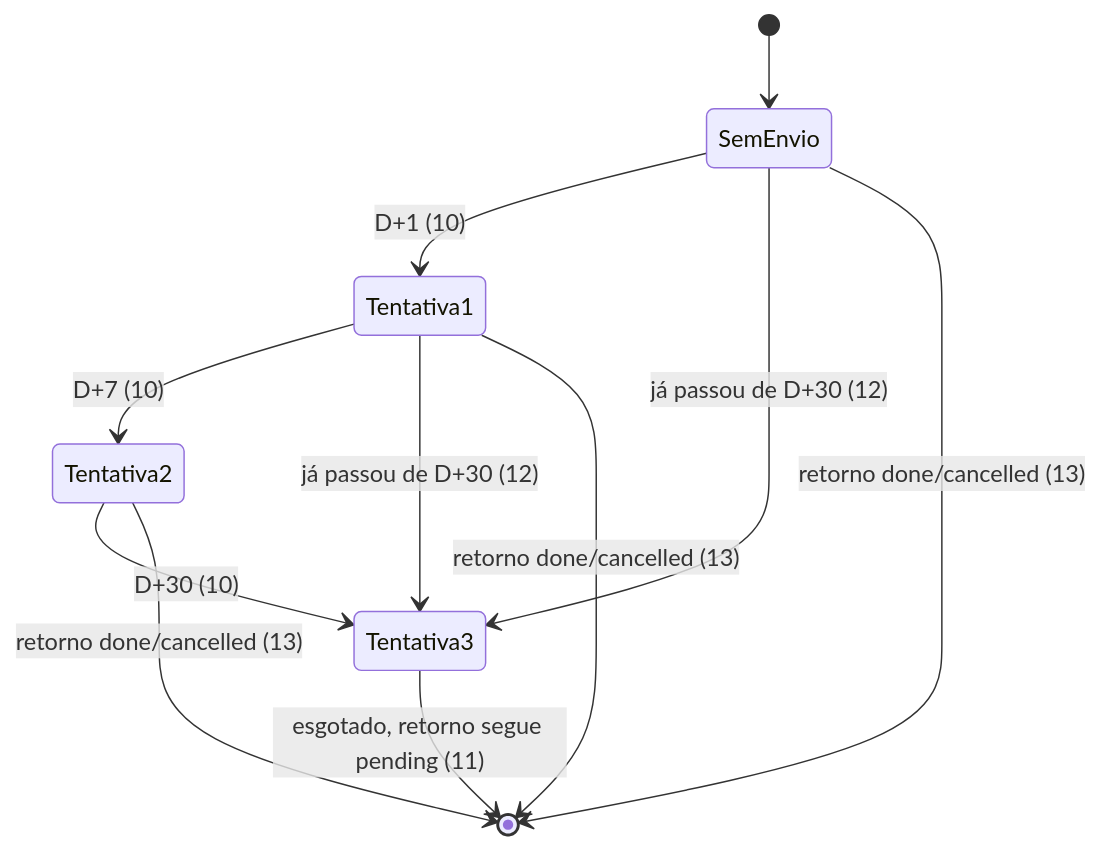
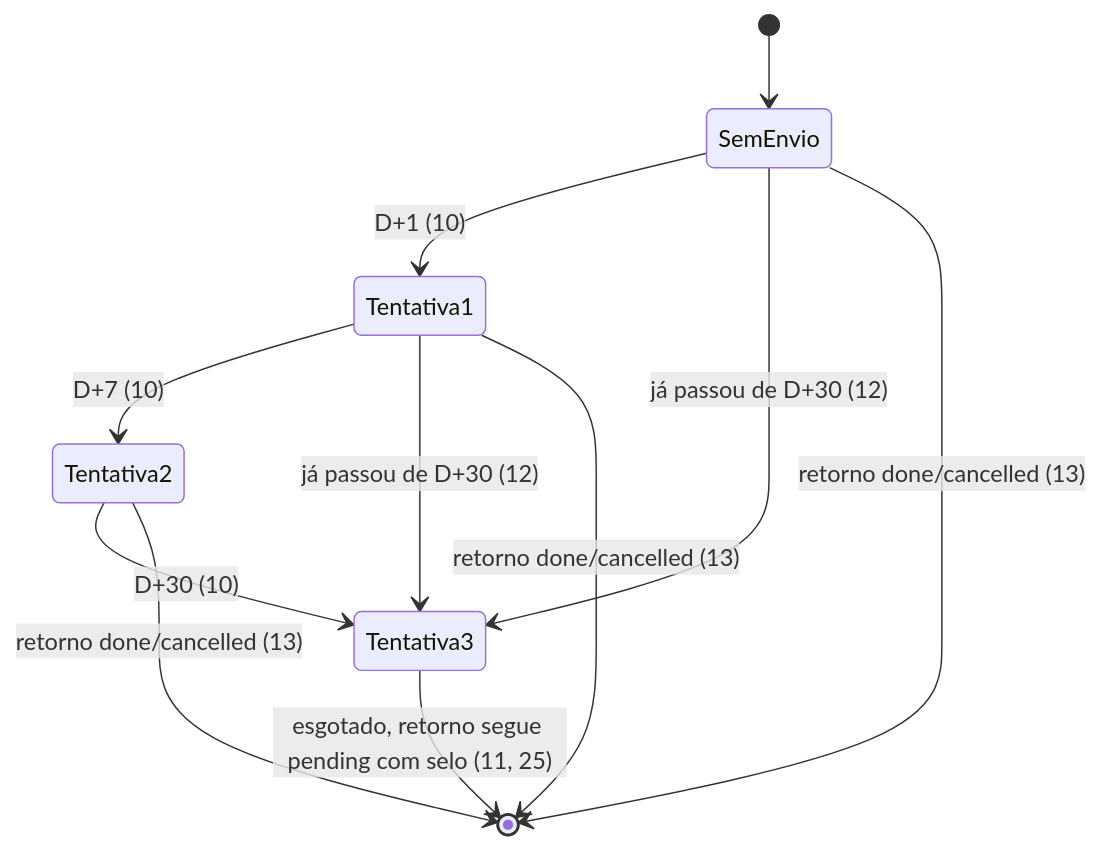
The first of 2 diagrams in .tasks/lembretes-custo-zero.md (KalleoPinheiro/estomasystech), drawn with Mermaid before and after one commit. The commit also changed other lines of this file and 1 other file, not shown here.

````diff
--- a/.tasks/lembretes-custo-zero.md
+++ b/.tasks/lembretes-custo-zero.md
@@ -109,13 +116,13 @@
 ```mermaid
 stateDiagram-v2
     [*] --> SemEnvio
     SemEnvio --> Tentativa1: D+1 (10)
     SemEnvio --> Tentativa3: já passou de D+30 (12)
     Tentativa1 --> Tentativa2: D+7 (10)
     Tentativa1 --> Tentativa3: já passou de D+30 (12)
     Tentativa2 --> Tentativa3: D+30 (10)
-    Tentativa3 --> [*]: esgotado, retorno segue pending (11)
+    Tentativa3 --> [*]: esgotado, retorno segue pending com selo (11, 25)
     SemEnvio --> [*]: retorno done/cancelled (13)
     Tentativa1 --> [*]: retorno done/cancelled (13)
     Tentativa2 --> [*]: retorno done/cancelled (13)
 ```
````
